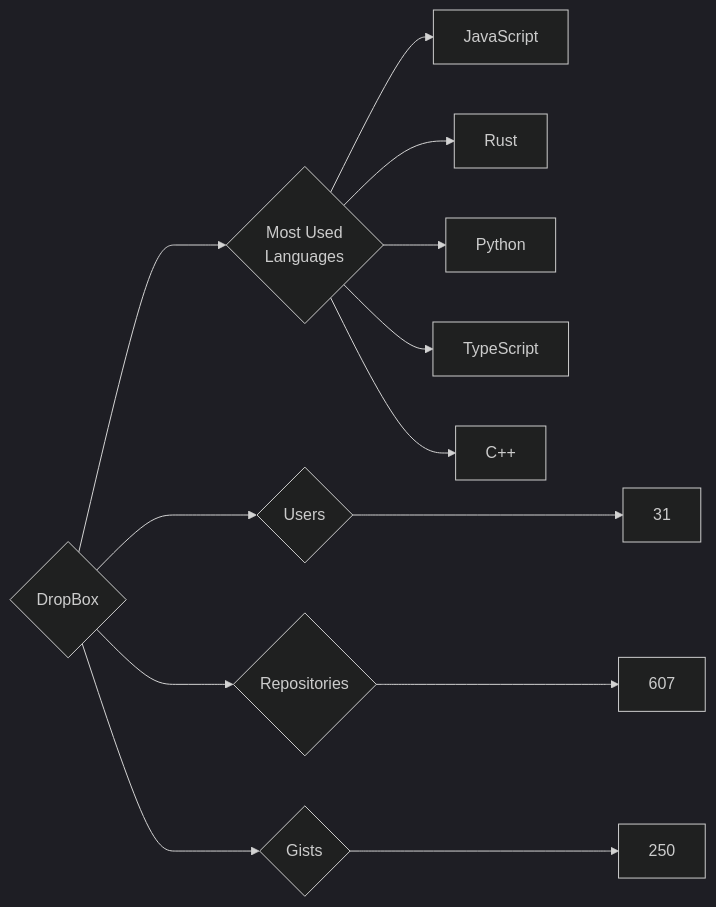
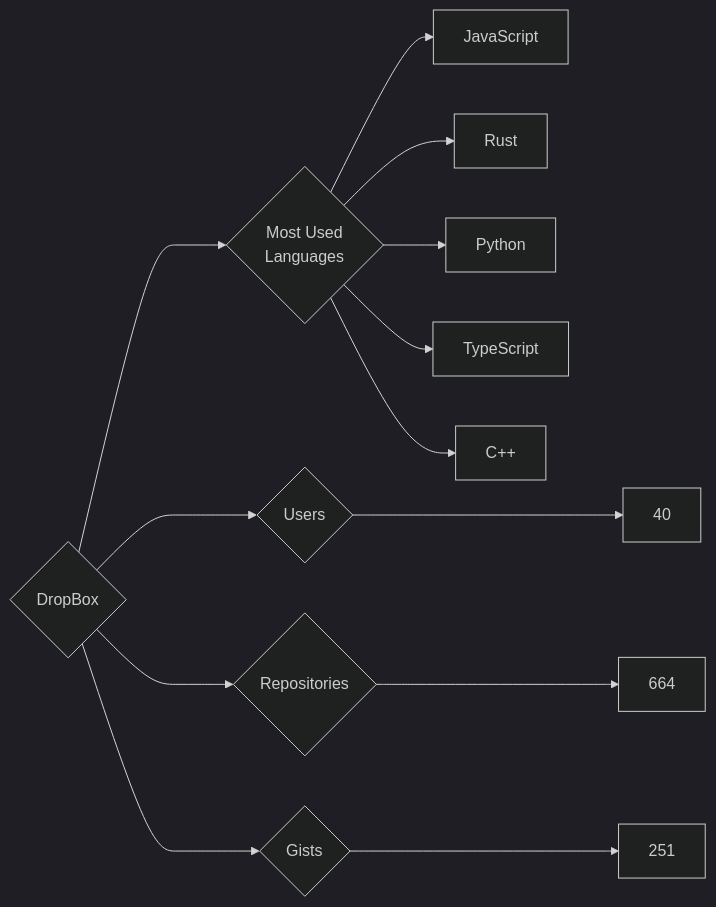
One commit to trickest/insiders changed the diagram in targets/DropBox/README.md. Above: the diagram before and after it, drawn with Mermaid (dark theme). The commit also changed 718 other files, not shown here.

````diff
--- a/targets/DropBox/README.md
+++ b/targets/DropBox/README.md
@@ -3,13 +3,13 @@
 ```mermaid
 graph LR
 COMPANY_NAME{DropBox}
-COMPANY_NAME ---> U{Users} ---> UN[31]
-COMPANY_NAME ---> R{Repositories} ---> RN[607]
-COMPANY_NAME ---> G{Gists} ---> GN[250]
+COMPANY_NAME ---> U{Users} ---> UN[40]
+COMPANY_NAME ---> R{Repositories} ---> RN[664]
+COMPANY_NAME ---> G{Gists} ---> GN[251]
 COMPANY_NAME ---> ML{Most Used<br>Languages}
 ML --> JavaScript[JavaScript]
 ML --> Rust[Rust]
 ML --> Python[Python]
 ML --> TypeScript[TypeScript]
 ML --> C++[C++]
 ```
````
